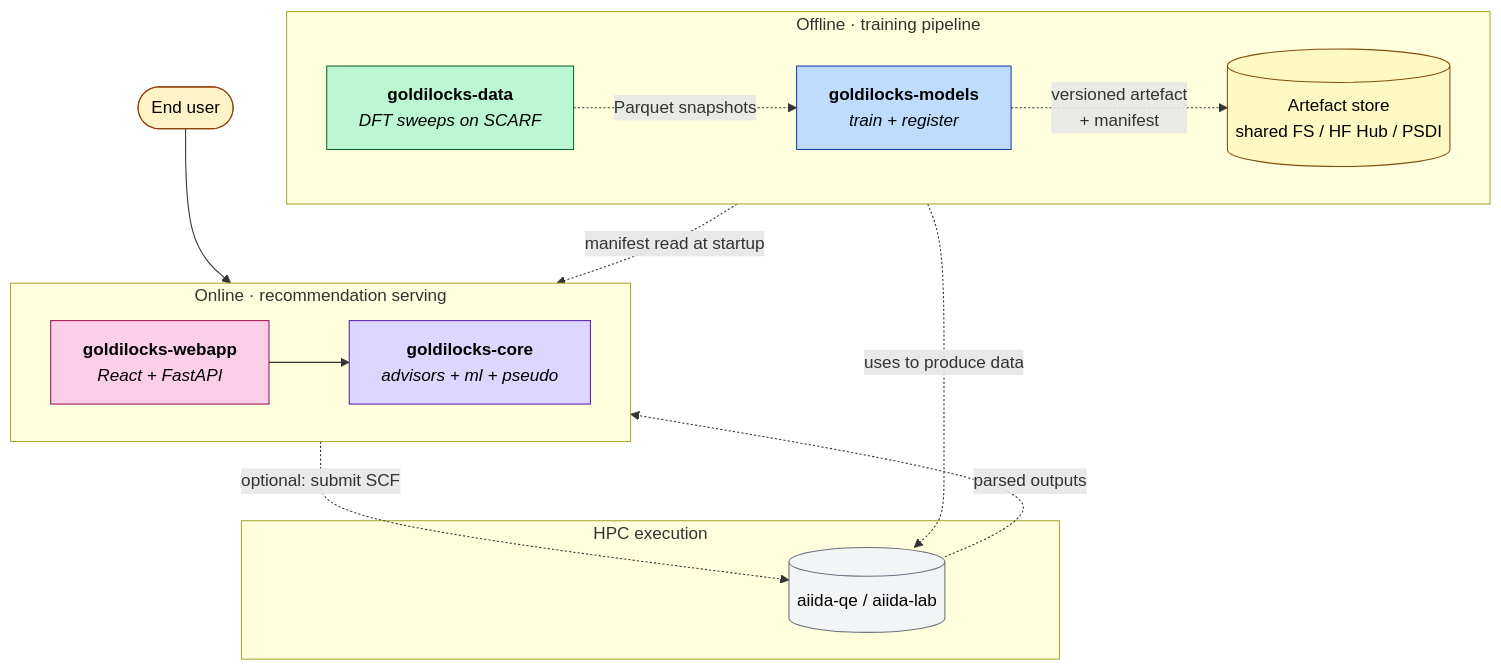
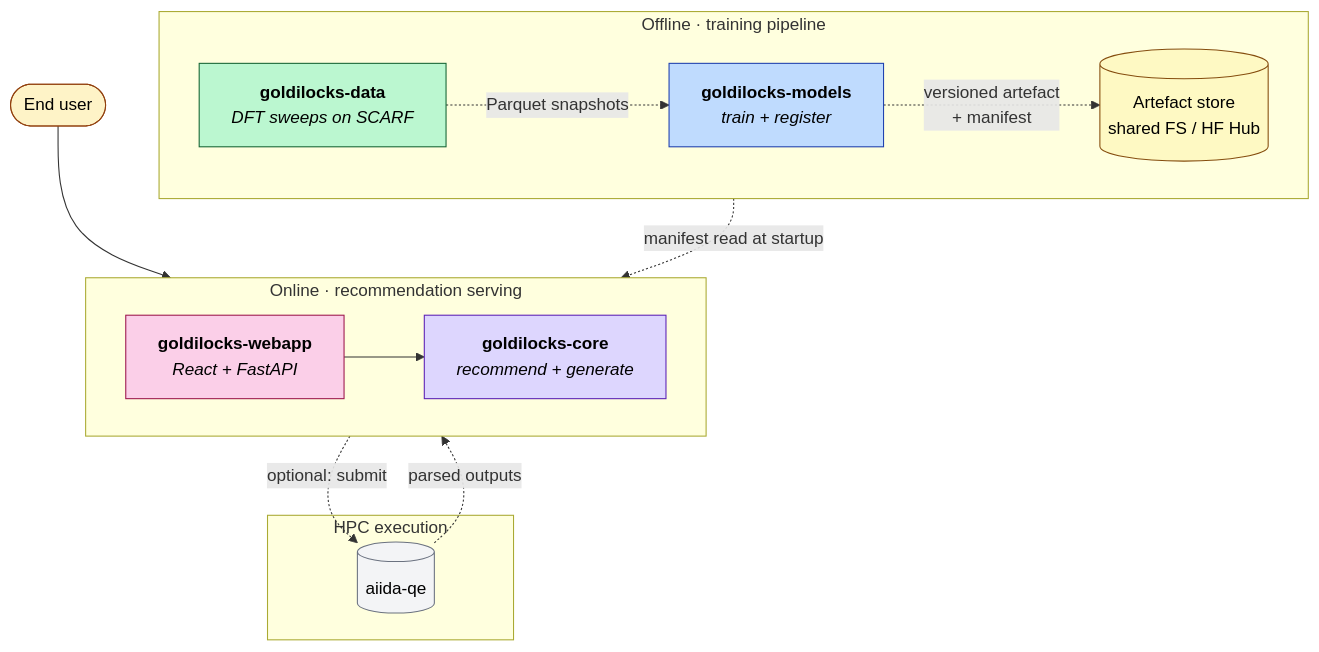
One commit to junwen94/goldilocks-core changed the diagram in docs/architecture.md. Above: the diagram before and after it, drawn with Mermaid. The commit also changed other lines of this file and 65 other files, not shown here.

First line of the commit message:
feat: complete pipeline through Generate + add results, aiida, mlip modules

````diff
--- a/docs/architecture.md
+++ b/docs/architecture.md
@@ -20,38 +7,37 @@
 ```mermaid
 flowchart TB
     user(["End user"]):::usr
 
     subgraph offline [Offline · training pipeline]
         direction LR
         DATA["<b>goldilocks-data</b><br/><i>DFT sweeps on SCARF</i>"]:::data
         MODELS["<b>goldilocks-models</b><br/><i>train + register</i>"]:::models
-        STORE[("Artefact store<br/>shared FS / HF Hub / PSDI")]:::store
+        STORE[("Artefact store<br/>shared FS / HF Hub")]:::store
         DATA -.Parquet snapshots.-> MODELS
         MODELS -.versioned artefact<br/>+ manifest.-> STORE
     end
 
     subgraph online [Online · recommendation serving]
         direction LR
         WEB["<b>goldilocks-webapp</b><br/><i>React + FastAPI</i>"]:::web
-        CORE["<b>goldilocks-core</b><br/><i>advisors + ml + pseudo</i>"]:::core
+        CORE["<b>goldilocks-core</b><br/><i>recommend + generate</i>"]:::core
         WEB --> CORE
         STORE -.manifest read at startup.-> CORE
     end
 
     user --> WEB
 
     subgraph hpc [HPC execution]
-        AIIDA[("aiida-qe / aiida-lab")]:::ext
+        AIIDA[("aiida-qe")]:::ext
     end
-    CORE -.optional: submit SCF.-> AIIDA
+    CORE -.optional: submit.-> AIIDA
     AIIDA -.parsed outputs.-> CORE
-    DATA -.uses to produce data.-> AIIDA
 
     classDef usr    fill:#fef3c7,stroke:#92400e,color:#000
     classDef data   fill:#bbf7d0,stroke:#166534,color:#000
     classDef models fill:#bfdbfe,stroke:#1e40af,color:#000
     classDef core   fill:#ddd6fe,stroke:#5b21b6,color:#000
     classDef web    fill:#fbcfe8,stroke:#9d174d,color:#000
     classDef store  fill:#fef9c3,stroke:#854d0e,color:#000
     classDef ext    fill:#f3f4f6,stroke:#6b7280,color:#000
 ```
````
